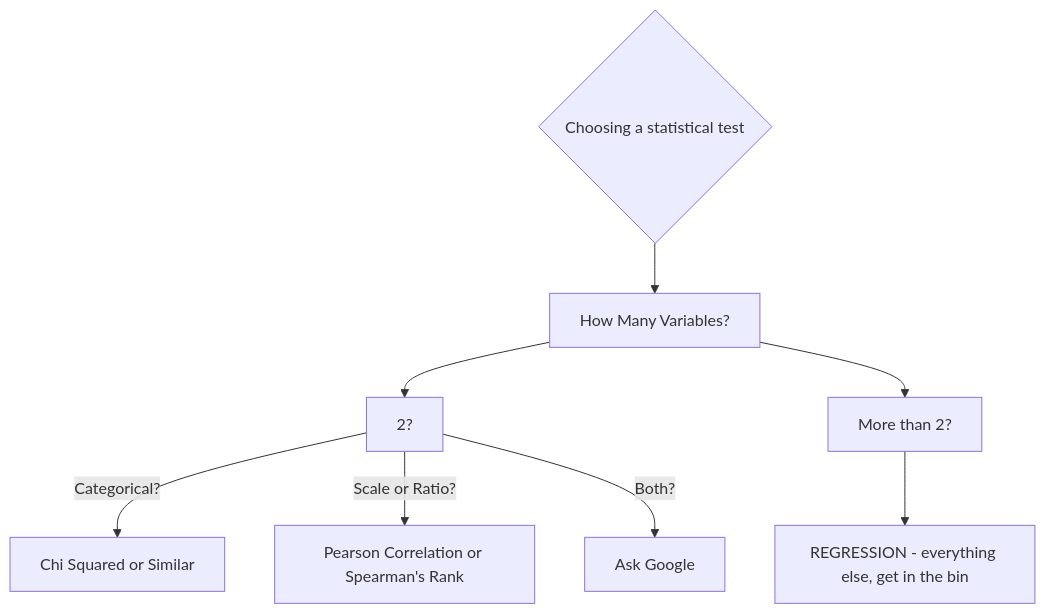
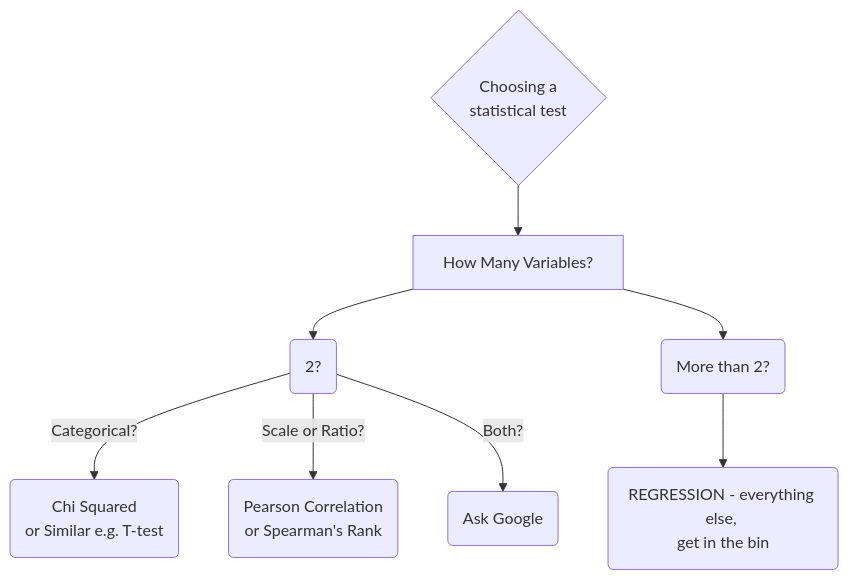
The diagram in wk6/Lecture6_LinearRegression.qmd (adamdennett/casa0007_qm), drawn with Mermaid before and after one commit. The commit also changed other lines of this file and 33 other files, not shown here.

````diff
--- a/wk6/Lecture6_LinearRegression.qmd
+++ b/wk6/Lecture6_LinearRegression.qmd
@@ -668,10 +669,10 @@
 ```{mermaid}
 flowchart TD
-    I{Choosing a statistical test} -->
+    I{Choosing a <br/>statistical test} -->
     A[How Many Variables?] -->
-    C[2?] & G[More than 2?]
-    C -->|Categorical?| D[Chi Squared or Similar]
-    C -->|Scale or Ratio?| E[Pearson Correlation or Spearman's Rank]
-    C -->|Both?| F[Ask Google]
-    G --> H[REGRESSION - everything else, get in the bin]
+    C(2?) & G(More than 2?)
+    C -->|Categorical?| D(Chi Squared <br/>or Similar e.g. T-test)
+    C -->|Scale or Ratio?| E(Pearson Correlation <br/>or Spearman's Rank)
+    C -->|Both?| F(Ask Google)
+    G --> H(REGRESSION - everything else, <br/>get in the bin)
 ```
````
